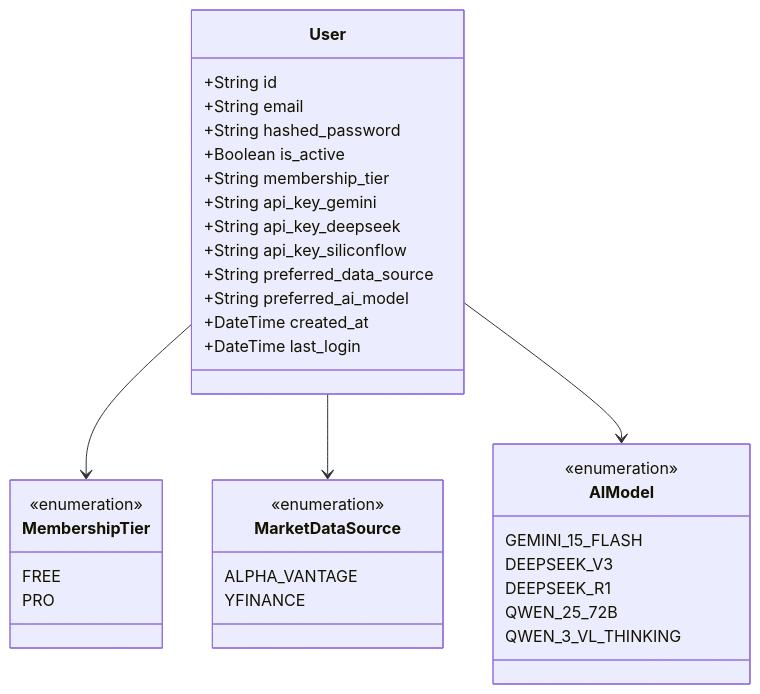
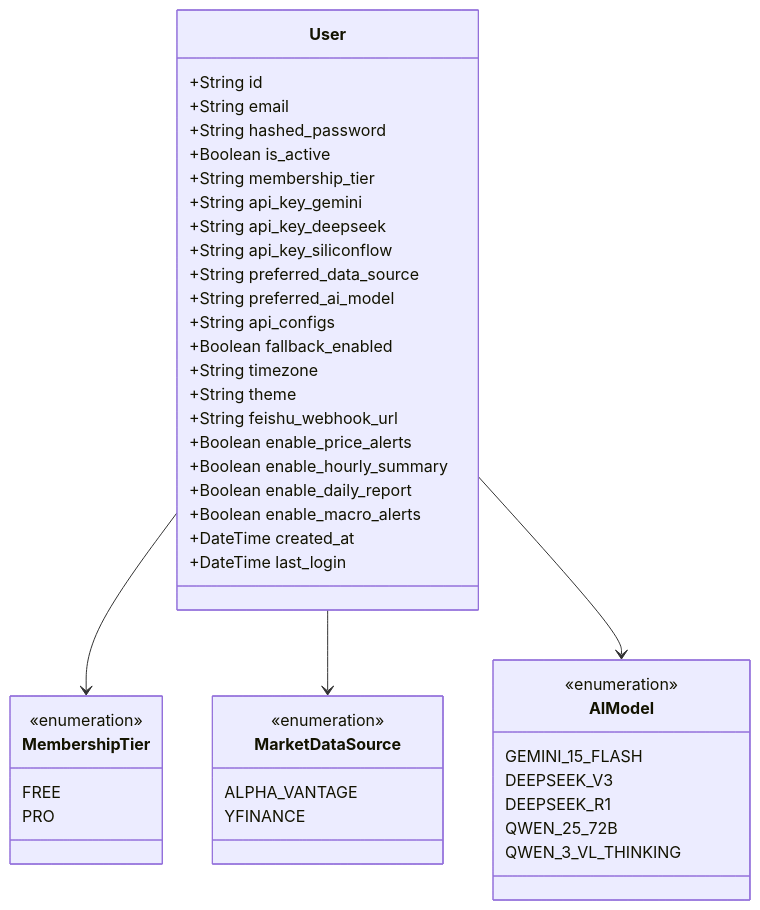
One commit to breeze-lyf/ai-stock-advisor changed the second of 14 diagrams in .qoder/repowiki/zh/content/数据库设计/数据库模式增强.md. Above: the diagram before and after it, drawn with Mermaid. The commit also changed other lines of this file and 43 other files, not shown here.

````diff
--- a/.qoder/repowiki/zh/content/数据库设计/数据库模式增强.md
+++ b/.qoder/repowiki/zh/content/数据库设计/数据库模式增强.md
@@ -99,38 +117,47 @@
 ```mermaid
 classDiagram
 class User {
 +String id
 +String email
 +String hashed_password
 +Boolean is_active
 +String membership_tier
 +String api_key_gemini
 +String api_key_deepseek
 +String api_key_siliconflow
 +String preferred_data_source
 +String preferred_ai_model
++String api_configs
++Boolean fallback_enabled
++String timezone
++String theme
++String feishu_webhook_url
++Boolean enable_price_alerts
++Boolean enable_hourly_summary
++Boolean enable_daily_report
++Boolean enable_macro_alerts
 +DateTime created_at
 +DateTime last_login
 }
 class MembershipTier {
 <<enumeration>>
 FREE
 PRO
 }
 class MarketDataSource {
 <<enumeration>>
 ALPHA_VANTAGE
 YFINANCE
 }
 class AIModel {
 <<enumeration>>
 GEMINI_15_FLASH
 DEEPSEEK_V3
 DEEPSEEK_R1
 QWEN_25_72B
 QWEN_3_VL_THINKING
 }
 User --> MembershipTier
 User --> MarketDataSource
 User --> AIModel
 ```
````
